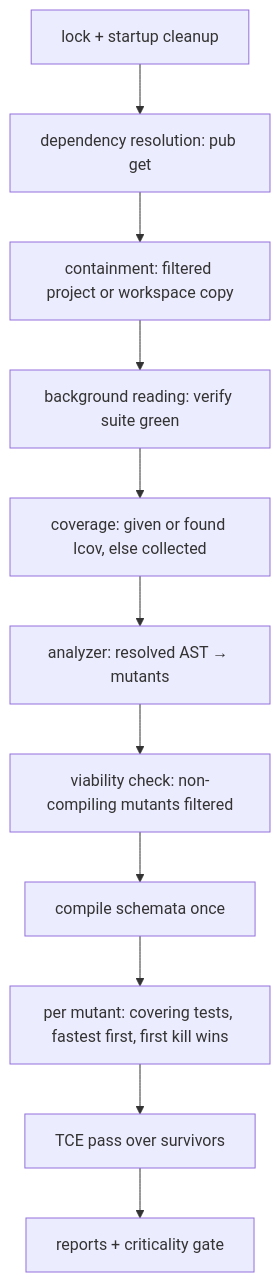
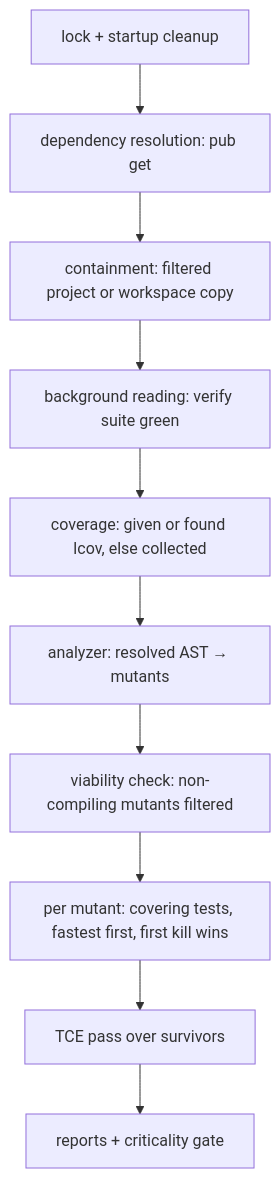
The diagram in docs/decisions/index.md (memento-engineering/butcher), drawn with Mermaid before and after one commit. The commit also changed other lines of this file and 7 other files, not shown here.

Commit message:
docs: record the self-run measurements and defer schemata

````diff
--- a/docs/decisions/index.md
+++ b/docs/decisions/index.md
@@ -9,13 +9,12 @@
 ```mermaid
 flowchart TD
     A[lock + startup cleanup] --> P[dependency resolution: pub get]
     P --> B[containment: filtered project or workspace copy]
     B --> C[background reading: verify suite green]
     C --> E[coverage: given or found lcov, else collected]
     E --> D[analyzer: resolved AST → mutants]
     D --> V[viability check: non-compiling mutants filtered]
-    V --> F[compile schemata once]
-    F --> G[per mutant: covering tests, fastest first, first kill wins]
+    V --> G[per mutant: covering tests, fastest first, first kill wins]
     G --> H[TCE pass over survivors]
     H --> I[reports + criticality gate]
 ```
````
